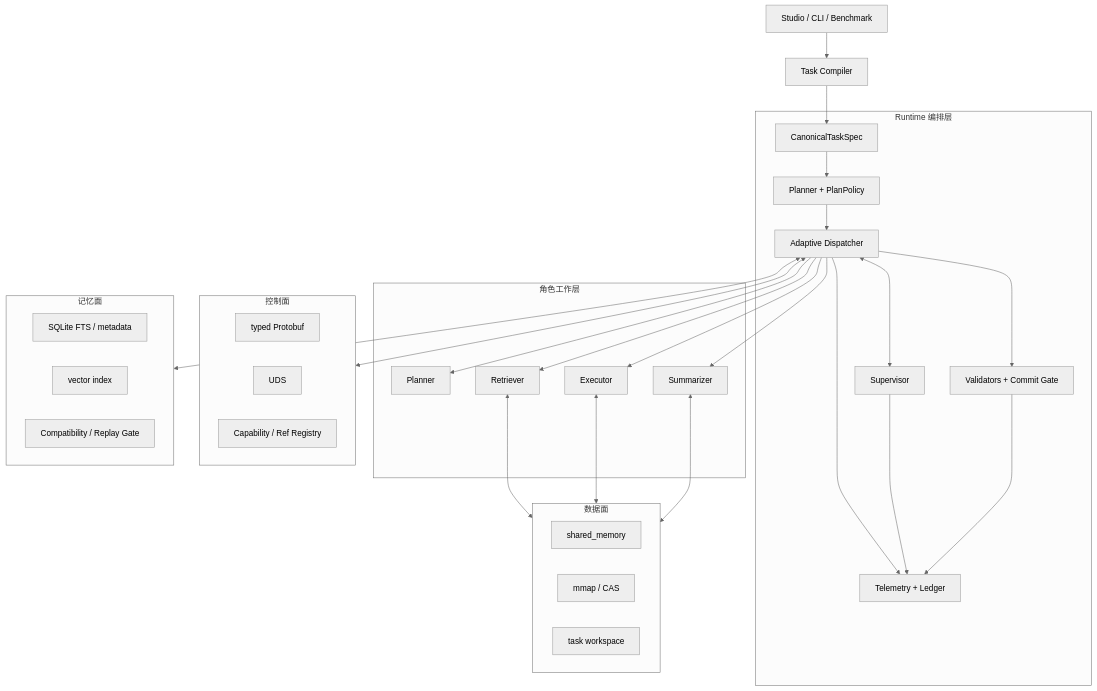
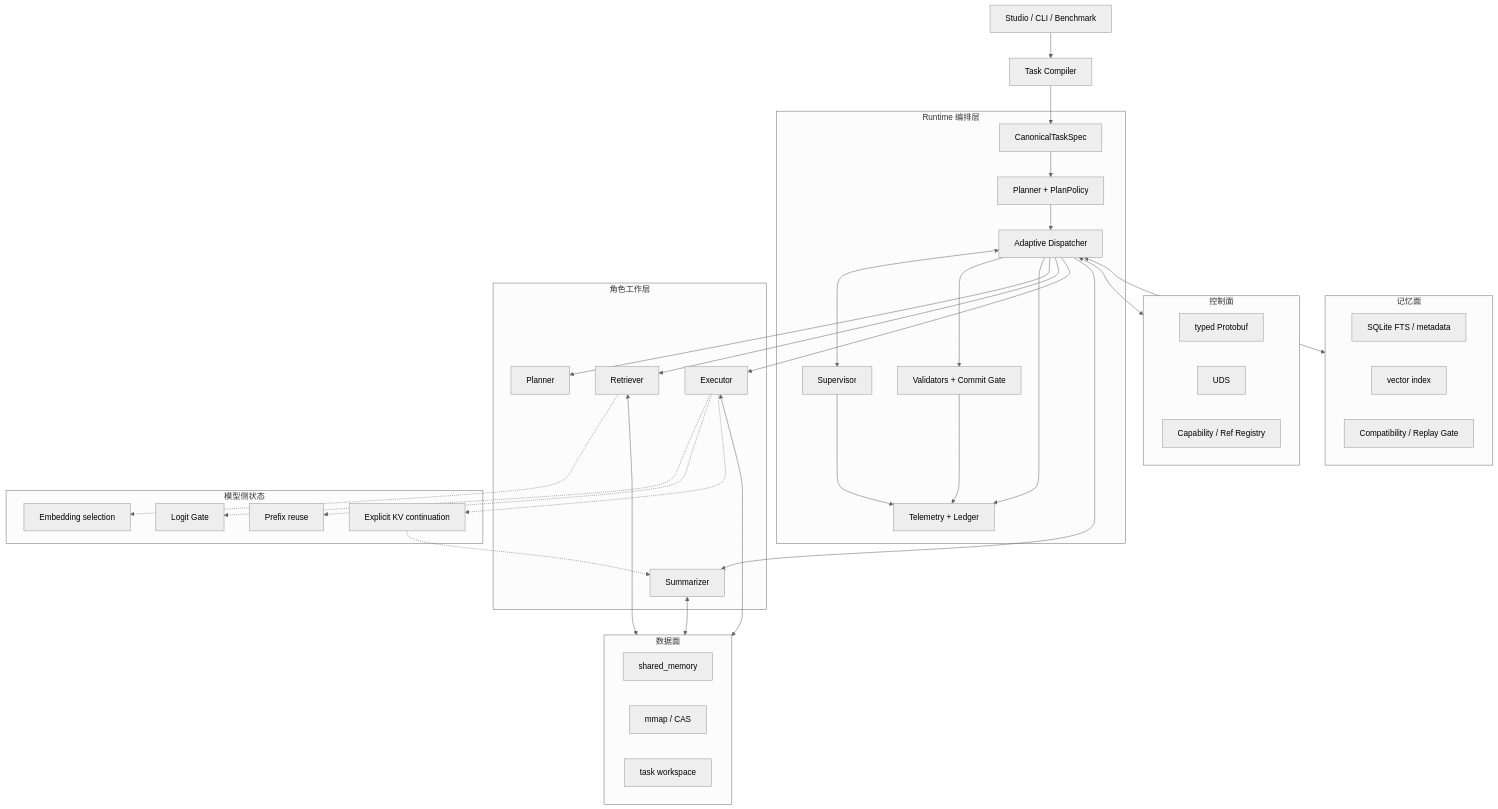
One commit to qcrs/os changed the diagram in docs/implementation/architecture/overview.md. Above: the diagram before and after it, drawn with Mermaid (neutral theme). The commit also changed other lines of this file and 77 other files, not shown here.

````diff
--- a/docs/implementation/architecture/overview.md
+++ b/docs/implementation/architecture/overview.md
@@ -7,55 +9,67 @@
 ```mermaid
 flowchart TB
     UI[Studio / CLI / Benchmark] --> ENTRY[Task Compiler]
 
     subgraph RT[Runtime 编排层]
         TC[CanonicalTaskSpec]
         PP[Planner + PlanPolicy]
         AD[Adaptive Dispatcher]
         SV[Supervisor]
         QG[Validators + Commit Gate]
         TL[Telemetry + Ledger]
         TC --> PP --> AD
         AD <--> SV
         AD --> QG
         AD --> TL
         SV --> TL
         QG --> TL
     end
 
     subgraph ROLE[角色工作层]
         P[Planner]
         R[Retriever]
         E[Executor]
         S[Summarizer]
     end
 
     subgraph CP[控制面]
         PB[typed Protobuf]
         UDS[UDS]
         REG[Capability / Ref Registry]
     end
 
     subgraph DP[数据面]
         SHM[shared_memory]
         MM[mmap / CAS]
         WS[task workspace]
     end
 
     subgraph MP[记忆面]
         SQL[SQLite FTS / metadata]
         VEC[vector index]
         CG[Compatibility / Replay Gate]
     end
 
+    subgraph MS[模型侧状态]
+        EM[Embedding selection]
+        LG[Logit Gate]
+        PR[Prefix reuse]
+        KV[Explicit KV continuation]
+    end
+
     ENTRY --> TC
     AD --> P
     AD --> R
     AD --> E
     AD --> S
     AD <--> CP
     R <--> DP
     E <--> DP
     S <--> DP
     AD <--> MP
+    R -.-> EM
+    E -.-> LG
+    E -.-> PR
+    E -.-> KV
+    KV -.-> S
 ```
````
